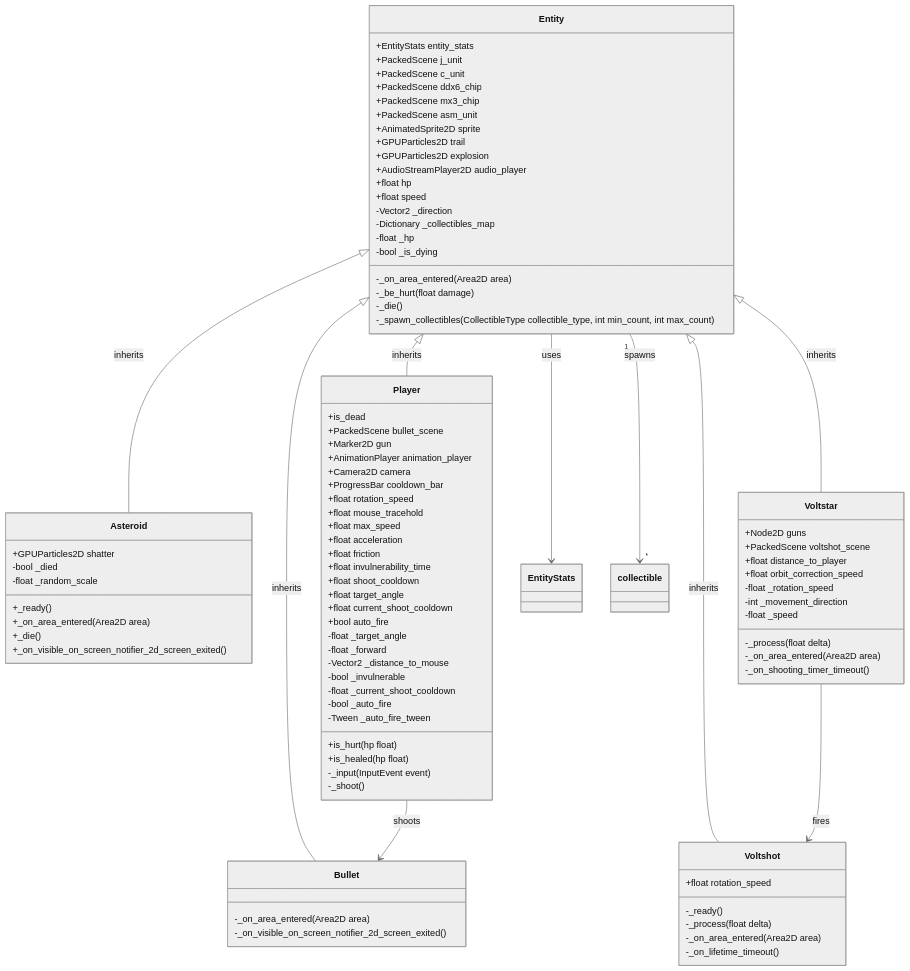
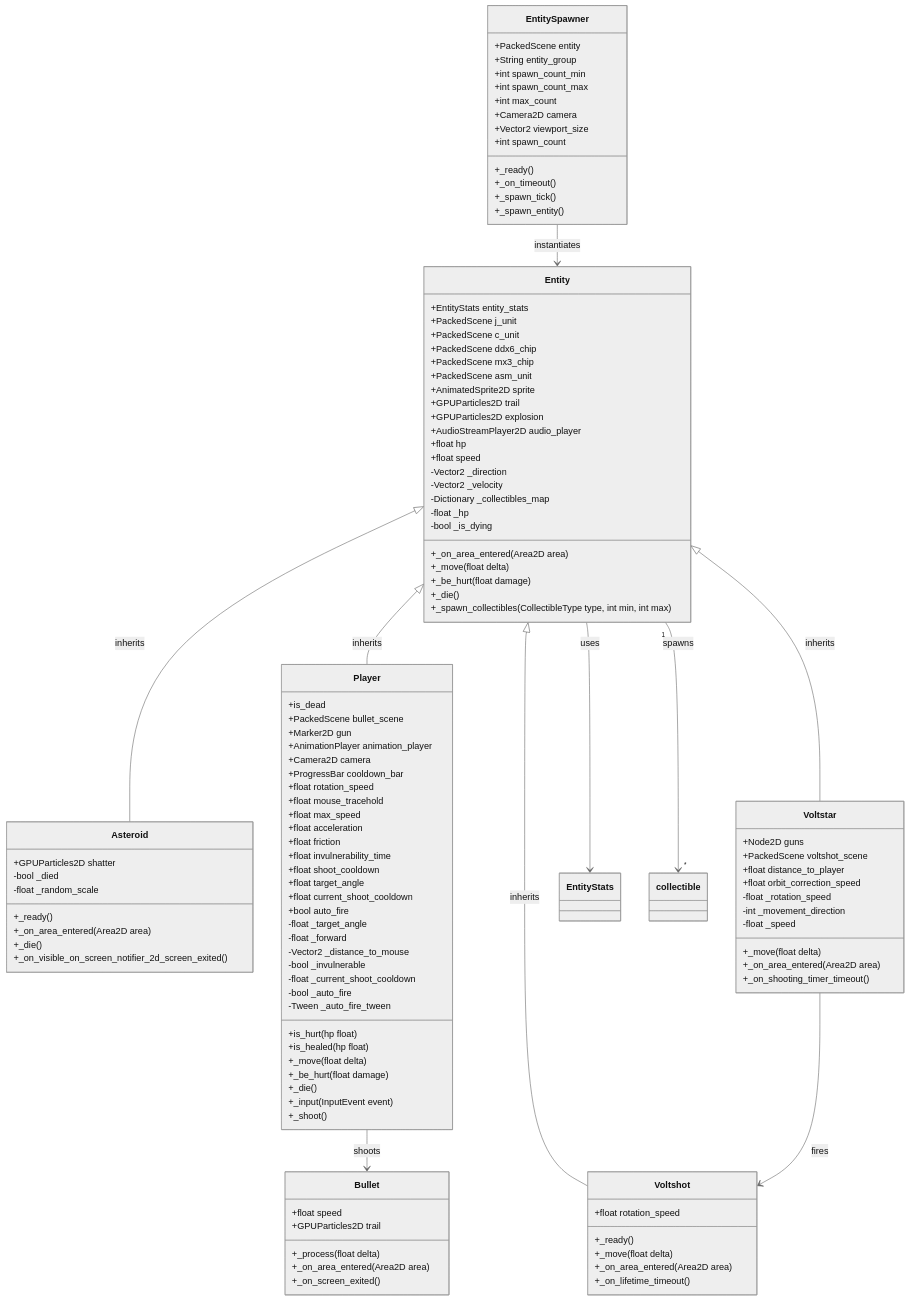
Before and after one commit to safwan-ds/AstroDodge: the first of 3 diagrams in docs/classes.md, drawn with Mermaid (neutral theme). The commit also changed 7 other files, not shown here.

Commit message:
feat: refactor loading screen management and enhance entity spawning logic

````diff
--- a/docs/classes.md
+++ b/docs/classes.md
@@ -8,13 +8,13 @@
 classDiagram
     Entity <|-- Asteroid : inherits
     Entity <|-- Player : inherits
-    Entity <|-- Bullet : inherits
     Entity <|-- Voltstar : inherits
     Entity <|-- Voltshot : inherits
     Entity --> EntityStats : uses
     Player --> Bullet : shoots
     Voltstar --> Voltshot : fires
     Entity "1" --> "*" collectible : spawns
+    EntitySpawner --> Entity : instantiates
 
     class Entity{
         +EntityStats entity_stats
@@ -30,13 +30,15 @@
         +float hp
         +float speed
         -Vector2 _direction
+        -Vector2 _velocity
         -Dictionary _collectibles_map
         -float _hp
         -bool _is_dying
-        -_on_area_entered(Area2D area)
-        -_be_hurt(float damage)
-        -_die()
-        -_spawn_collectibles(CollectibleType collectible_type, int min_count, int max_count)
+        +_on_area_entered(Area2D area)
+        +_move(float delta)
+        +_be_hurt(float damage)
+        +_die()
+        +_spawn_collectibles(CollectibleType type, int min, int max)
     }
     class Player{
         +is_hurt(hp float)
@@ -64,8 +66,11 @@
         -float _current_shoot_cooldown
         -bool _auto_fire
         -Tween _auto_fire_tween
-        -_input(InputEvent event)
-        -_shoot()
+        +_move(float delta)
+        +_be_hurt(float damage)
+        +_die()
+        +_input(InputEvent event)
+        +_shoot()
     }
     class Asteroid{
         +GPUParticles2D shatter
@@ -77,8 +82,11 @@
         +_on_visible_on_screen_notifier_2d_screen_exited()
     }
     class Bullet{
-        -_on_area_entered(Area2D area)
-        -_on_visible_on_screen_notifier_2d_screen_exited()
+        +float speed
+        +GPUParticles2D trail
+        +_process(float delta)
+        +_on_area_entered(Area2D area)
+        +_on_screen_exited()
     }
     class Voltstar{
         +Node2D guns
@@ -88,15 +96,29 @@
         -float _rotation_speed
         -int _movement_direction
         -float _speed
-        -_process(float delta)
-        -_on_area_entered(Area2D area)
-        -_on_shooting_timer_timeout()
+        +_move(float delta)
+        +_on_area_entered(Area2D area)
+        +_on_shooting_timer_timeout()
     }
     class Voltshot{
         +float rotation_speed
-        -_ready()
-        -_process(float delta)
-        -_on_area_entered(Area2D area)
-        -_on_lifetime_timeout()
+        +_ready()
+        +_move(float delta)
+        +_on_area_entered(Area2D area)
+        +_on_lifetime_timeout()
+    }
+    class EntitySpawner{
+        +PackedScene entity
+        +String entity_group
+        +int spawn_count_min
+        +int spawn_count_max
+        +int max_count
+        +Camera2D camera
+        +Vector2 viewport_size
+        +int spawn_count
+        +_ready()
+        +_on_timeout()
+        +_spawn_tick()
+        +_spawn_entity()
     }
 ```
````
